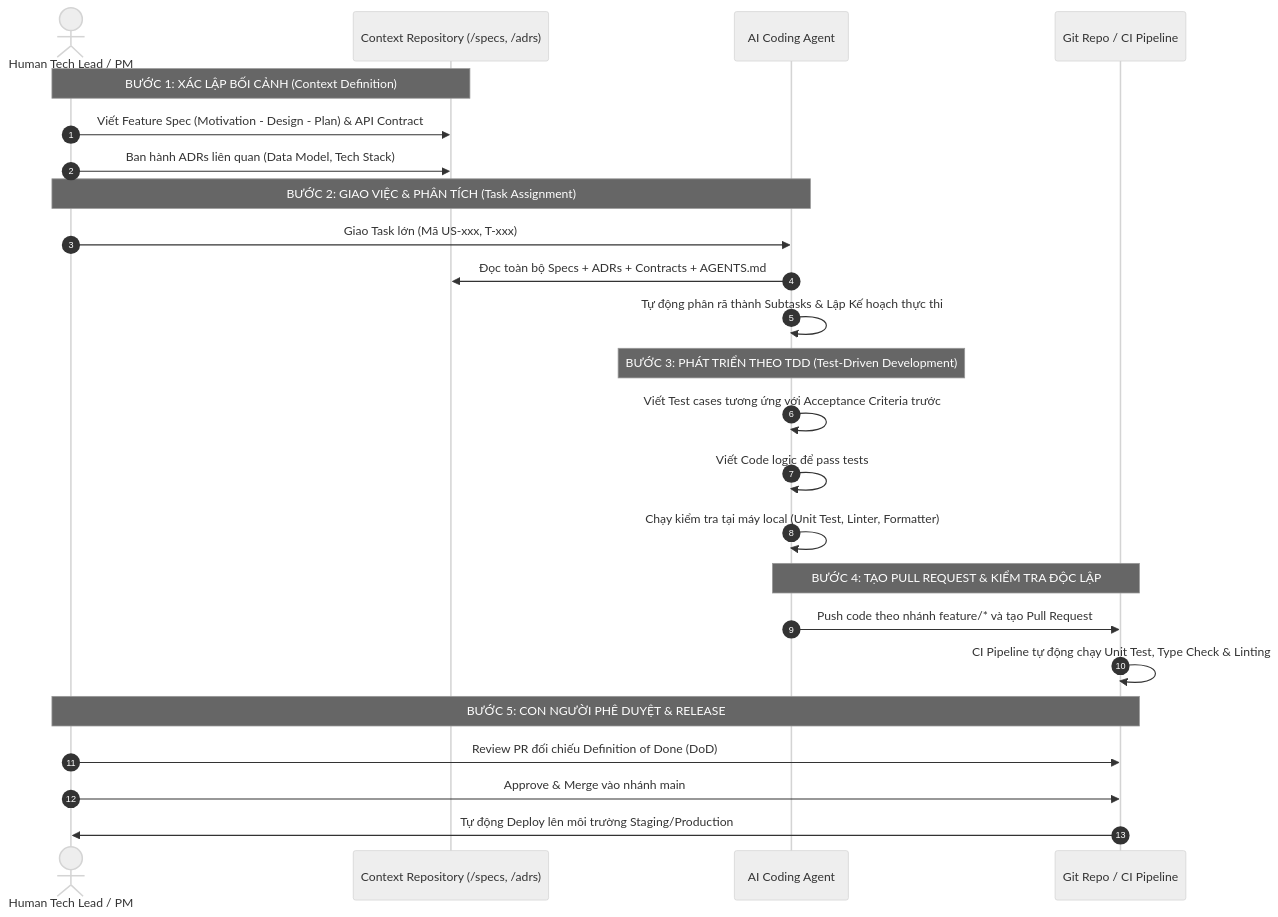
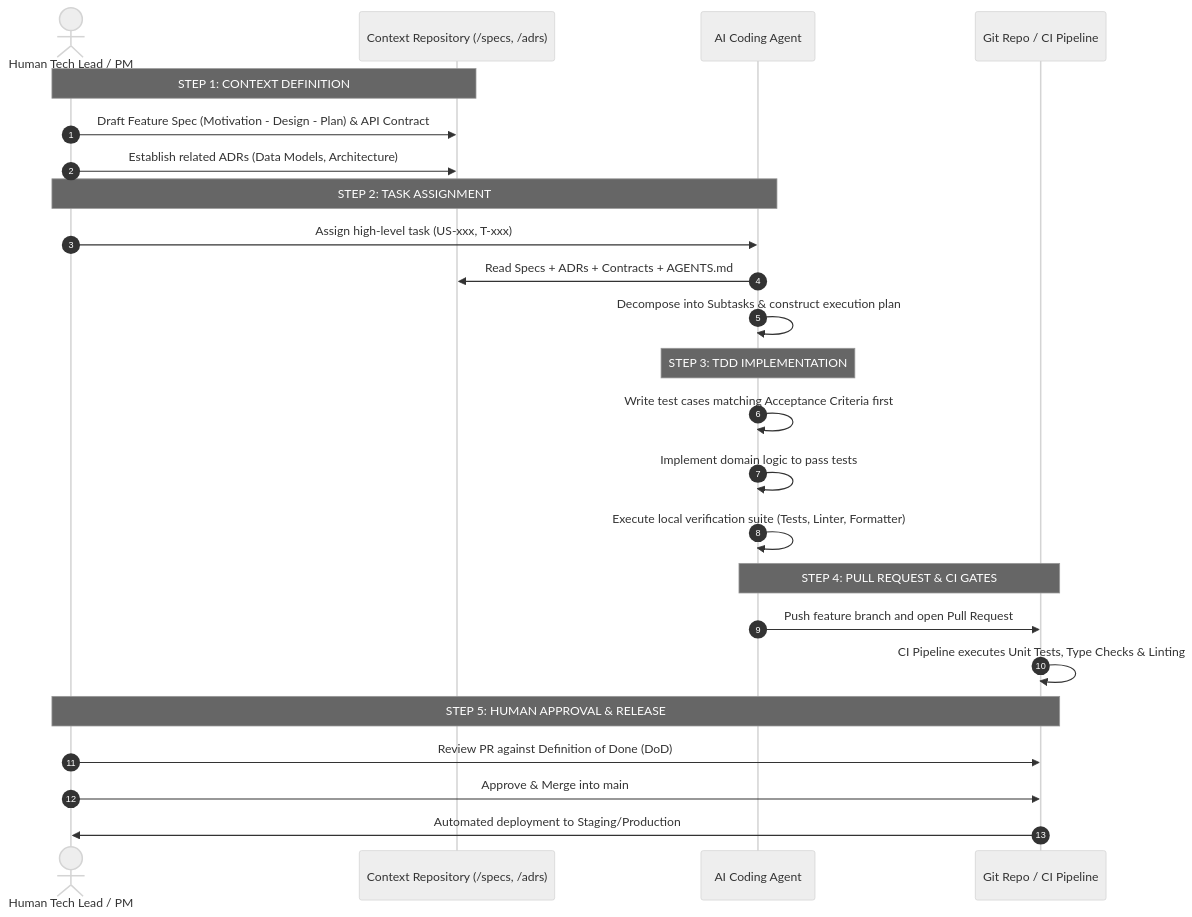
One commit to Dokhacgiakhoa/Project-Builder-4-Agents changed the second of 2 diagrams in knowledge-base/archive/PLAN.md. Above: the diagram before and after it, drawn with Mermaid (neutral theme). The commit also changed other lines of this file and 62 other files, not shown here.

````diff
--- a/knowledge-base/archive/PLAN.md
+++ b/knowledge-base/archive/PLAN.md
@@ -160,31 +159,31 @@
 ```mermaid
 sequenceDiagram
     autonumber
     actor TechLead as Human Tech Lead / PM
     participant Context as Context Repository (/specs, /adrs)
     participant Agent as AI Coding Agent
     participant Git as Git Repo / CI Pipeline
 
-    Note over TechLead,Context: BƯỚC 1: XÁC LẬP BỐI CẢNH (Context Definition)
-    TechLead->>Context: Viết Feature Spec (Motivation - Design - Plan) & API Contract
-    TechLead->>Context: Ban hành ADRs liên quan (Data Model, Tech Stack)
+    Note over TechLead,Context: STEP 1: CONTEXT DEFINITION
+    TechLead->>Context: Draft Feature Spec (Motivation - Design - Plan) & API Contract
+    TechLead->>Context: Establish related ADRs (Data Models, Architecture)
     
-    Note over TechLead,Agent: BƯỚC 2: GIAO VIỆC & PHÂN TÍCH (Task Assignment)
-    TechLead->>Agent: Giao Task lớn (Mã US-xxx, T-xxx)
-    Agent->>Context: Đọc toàn bộ Specs + ADRs + Contracts + AGENTS.md
-    Agent->>Agent: Tự động phân rã thành Subtasks & Lập Kế hoạch thực thi
+    Note over TechLead,Agent: STEP 2: TASK ASSIGNMENT
+    TechLead->>Agent: Assign high-level task (US-xxx, T-xxx)
+    Agent->>Context: Read Specs + ADRs + Contracts + AGENTS.md
+    Agent->>Agent: Decompose into Subtasks & construct execution plan
     
-    Note over Agent: BƯỚC 3: PHÁT TRIỂN THEO TDD (Test-Driven Development)
-    Agent->>Agent: Viết Test cases tương ứng với Acceptance Criteria trước
-    Agent->>Agent: Viết Code logic để pass tests
-    Agent->>Agent: Chạy kiểm tra tại máy local (Unit Test, Linter, Formatter)
+    Note over Agent: STEP 3: TDD IMPLEMENTATION
+    Agent->>Agent: Write test cases matching Acceptance Criteria first
+    Agent->>Agent: Implement domain logic to pass tests
+    Agent->>Agent: Execute local verification suite (Tests, Linter, Formatter)
     
-    Note over Agent,Git: BƯỚC 4: TẠO PULL REQUEST & KIỂM TRA ĐỘC LẬP
-    Agent->>Git: Push code theo nhánh feature/* và tạo Pull Request
-    Git->>Git: CI Pipeline tự động chạy Unit Test, Type Check & Linting
+    Note over Agent,Git: STEP 4: PULL REQUEST & CI GATES
+    Agent->>Git: Push feature branch and open Pull Request
+    Git->>Git: CI Pipeline executes Unit Tests, Type Checks & Linting
     
-    Note over Git,TechLead: BƯỚC 5: CON NGƯỜI PHÊ DUYỆT & RELEASE
-    TechLead->>Git: Review PR đối chiếu Definition of Done (DoD)
-    TechLead->>Git: Approve & Merge vào nhánh main
-    Git->>TechLead: Tự động Deploy lên môi trường Staging/Production
+    Note over Git,TechLead: STEP 5: HUMAN APPROVAL & RELEASE
+    TechLead->>Git: Review PR against Definition of Done (DoD)
+    TechLead->>Git: Approve & Merge into main
+    Git->>TechLead: Automated deployment to Staging/Production
 ```
````
